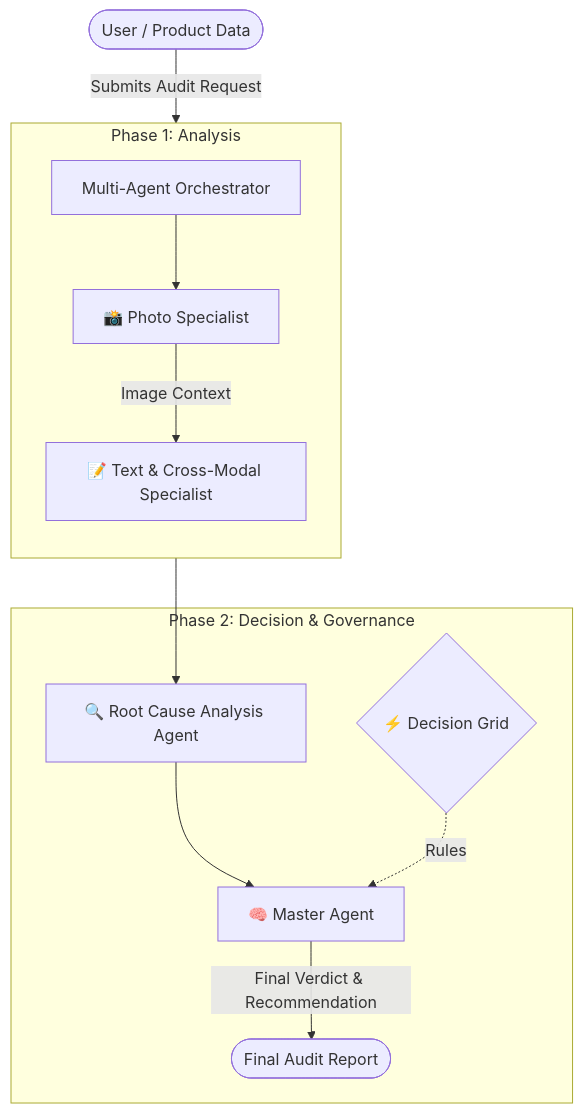
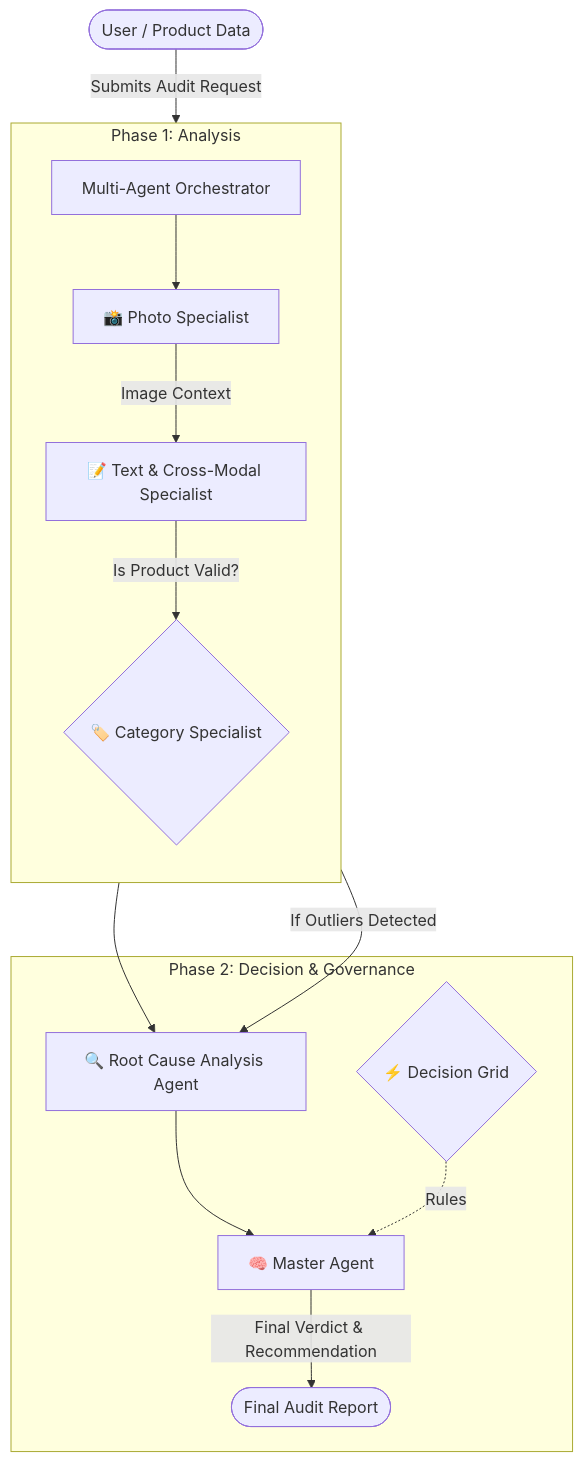
The diagram in gemini/Agent_Flow_High_Level.md (ayushsoam013/Multi-Agent-Auditor-1.4), drawn with Mermaid before and after one commit. The commit also changed other lines of this file and 1 other file, not shown here.

````diff
--- a/gemini/Agent_Flow_High_Level.md
+++ b/gemini/Agent_Flow_High_Level.md
@@ -15,18 +15,20 @@
 ```mermaid
 graph TD
     User([User / Product Data]) -->|Submits Audit Request| Orchestrator[Multi-Agent Orchestrator]
 
     subgraph "Phase 1: Analysis"
         direction TB
         Orchestrator --> PhotoAgent[📸 Photo Specialist]
         PhotoAgent -->|Image Context| TextualAgent[📝 Text & Cross-Modal Specialist]
+        TextualAgent -->|Is Product Valid?| CategoryAgent{🏷️ Category Specialist}
     end
 
     subgraph "Phase 2: Decision & Governance"
-        TextualAgent --> RCA[🔍 Root Cause Analysis Agent]
+        CategoryAgent --> RCA[🔍 Root Cause Analysis Agent]
+        TextualAgent -->|If Outliers Detected| RCA
         RCA --> MasterAgent[🧠 Master Agent]
         
         DecisionGrid{⚡ Decision Grid} -.->|Rules| MasterAgent
         MasterAgent -->|Final Verdict & Recommendation| Output([Final Audit Report])
     end
 ```
````
